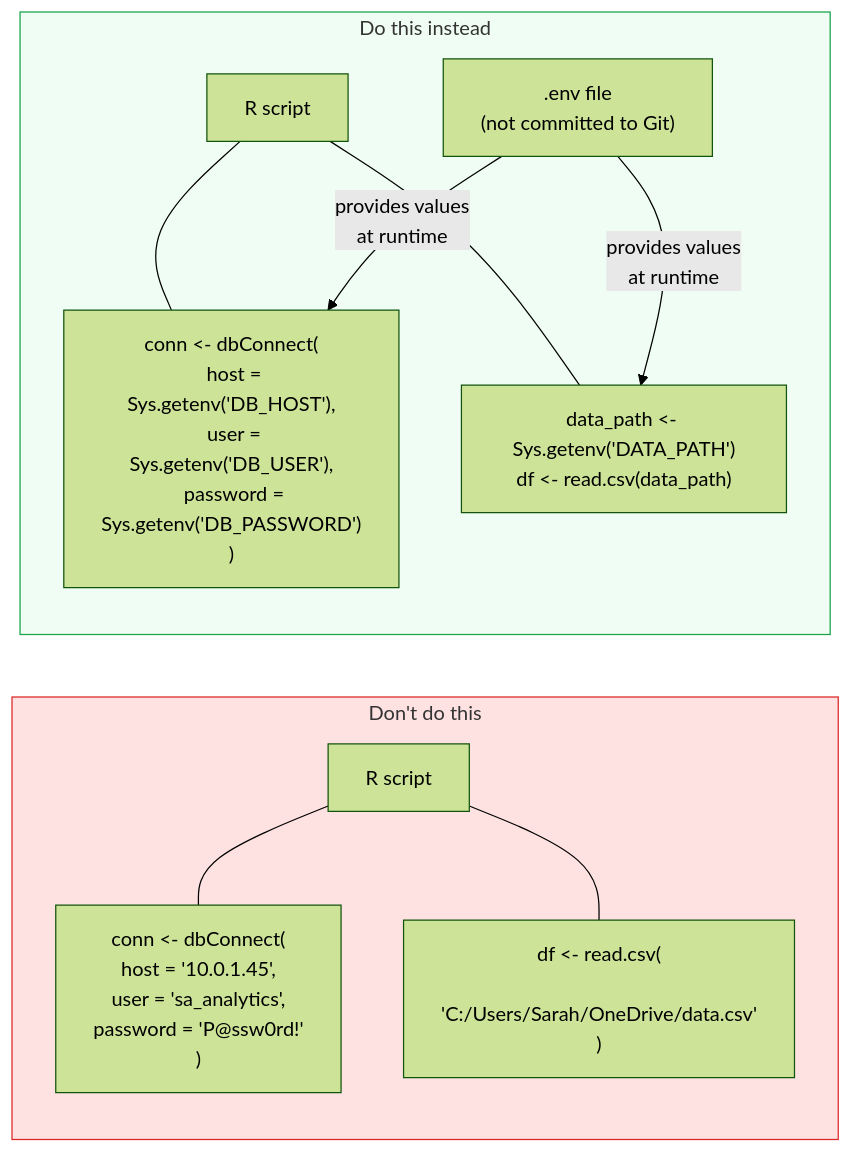
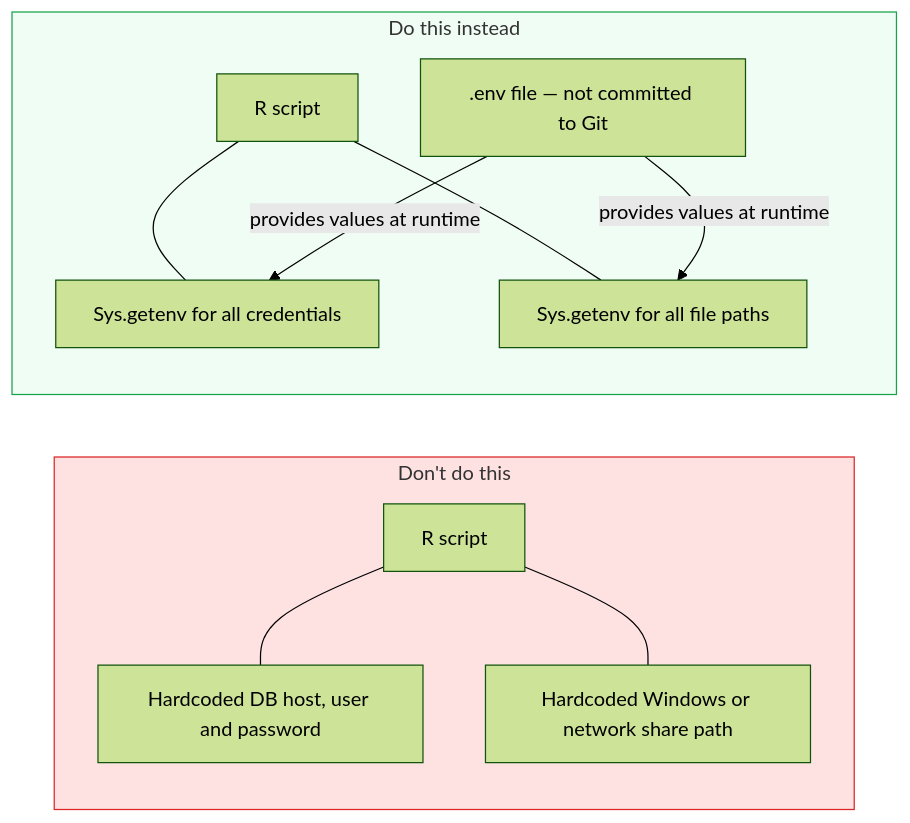
Before and after one commit to Ch3w3y/docker_gcp: the diagram in docs/code-readiness.md, drawn with Mermaid (forest theme). The commit also changed 10 other files, not shown here.

First line of the commit message:
Fix mermaid diagram rendering: replace literal \n with spaces

````diff
--- a/docs/code-readiness.md
+++ b/docs/code-readiness.md
@@ -13,26 +13,26 @@
 ```mermaid
 flowchart LR
     subgraph BAD["Don't do this"]
         direction TB
         B1["R script"]
-        B2["conn <- dbConnect(\n  host = '10.0.1.45',\n  user = 'sa_analytics',\n  password = 'P@ssw0rd!'\n)"]
-        B3["df <- read.csv(\n  'C:/Users/Sarah/OneDrive/data.csv'\n)"]
+        B2["Hardcoded DB host, user and password"]
+        B3["Hardcoded Windows or network share path"]
         B1 --- B2
         B1 --- B3
     end
 
     subgraph GOOD["Do this instead"]
         direction TB
         G1["R script"]
-        G2["conn <- dbConnect(\n  host = Sys.getenv('DB_HOST'),\n  user = Sys.getenv('DB_USER'),\n  password = Sys.getenv('DB_PASSWORD')\n)"]
-        G3["data_path <- Sys.getenv('DATA_PATH')\ndf <- read.csv(data_path)"]
-        G4[".env file\n(not committed to Git)"]
+        G2["Sys.getenv for all credentials"]
+        G3["Sys.getenv for all file paths"]
+        G4[".env file — not committed to Git"]
         G1 --- G2
         G1 --- G3
-        G4 -->|"provides values\nat runtime"| G2
-        G4 -->|"provides values\nat runtime"| G3
+        G4 -->|"provides values at runtime"| G2
+        G4 -->|"provides values at runtime"| G3
     end
 
     style BAD fill:#fee2e2,stroke:#dc2626
     style GOOD fill:#f0fdf4,stroke:#16a34a
 ```
````
